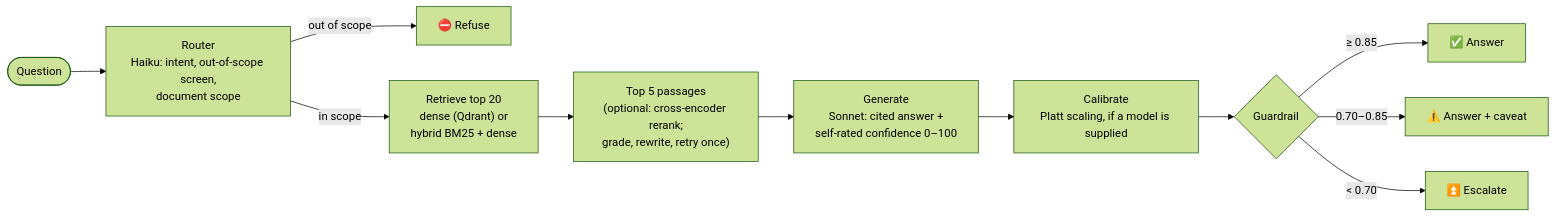
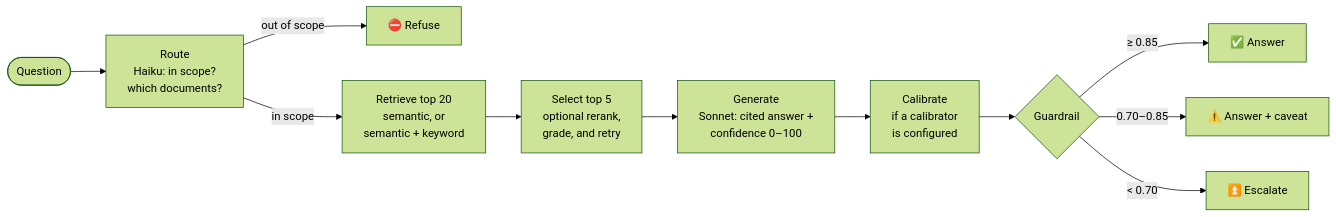
One commit to drealchux/troa changed the diagram in README.md. Above: the diagram before and after it, drawn with Mermaid (forest theme). The commit also changed other lines of this file and 1 other file, not shown here.

First line of the commit message:
Rewrite README for clarity and move detailed results to docs/RESULTS.md

````diff
--- a/README.md
+++ b/README.md
@@ -120,13 +161,13 @@
 ```mermaid
 flowchart LR
-    U(["Question"]) --> R["Router<br/>Haiku: intent, out-of-scope screen,<br/>document scope"]
+    U(["Question"]) --> R["Route<br/>Haiku: in scope?<br/>which documents?"]
     R -- "out of scope" --> X["⛔ Refuse"]
-    R -- "in scope" --> S["Retrieve top 20<br/>dense (Qdrant) or<br/>hybrid BM25 + dense"]
-    S --> K["Top 5 passages<br/>(optional: cross-encoder rerank;<br/>grade, rewrite, retry once)"]
-    K --> G["Generate<br/>Sonnet: cited answer +<br/>self-rated confidence 0–100"]
-    G --> C["Calibrate<br/>Platt scaling, if a model is supplied"]
+    R -- "in scope" --> S["Retrieve top 20<br/>semantic, or<br/>semantic + keyword"]
+    S --> K["Select top 5<br/>optional rerank,<br/>grade, and retry"]
+    K --> G["Generate<br/>Sonnet: cited answer +<br/>confidence 0–100"]
+    G --> C["Calibrate<br/>if a calibrator<br/>is configured"]
     C --> D{"Guardrail"}
     D -- "≥ 0.85" --> A["✅ Answer"]
     D -- "0.70–0.85" --> V["⚠️ Answer + caveat"]
     D -- "< 0.70" --> E["⏫ Escalate"]
 ```
````
